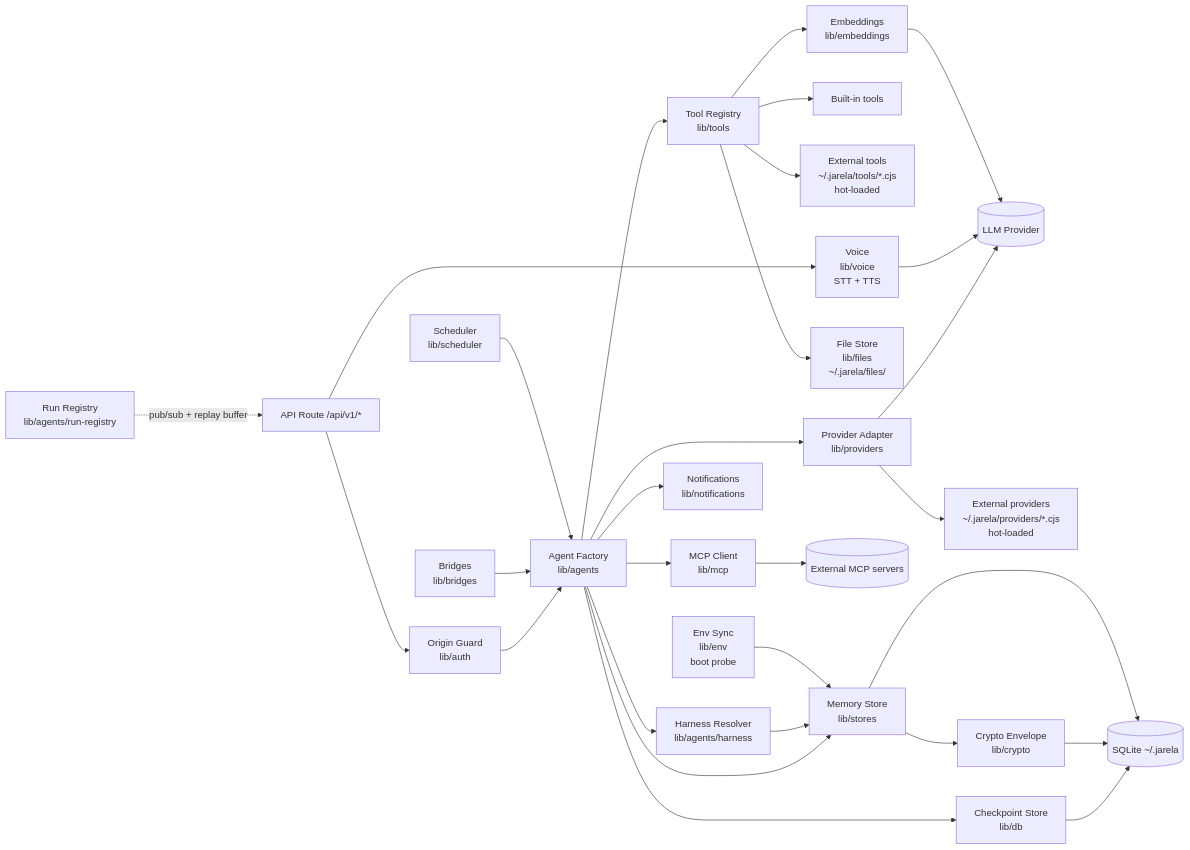
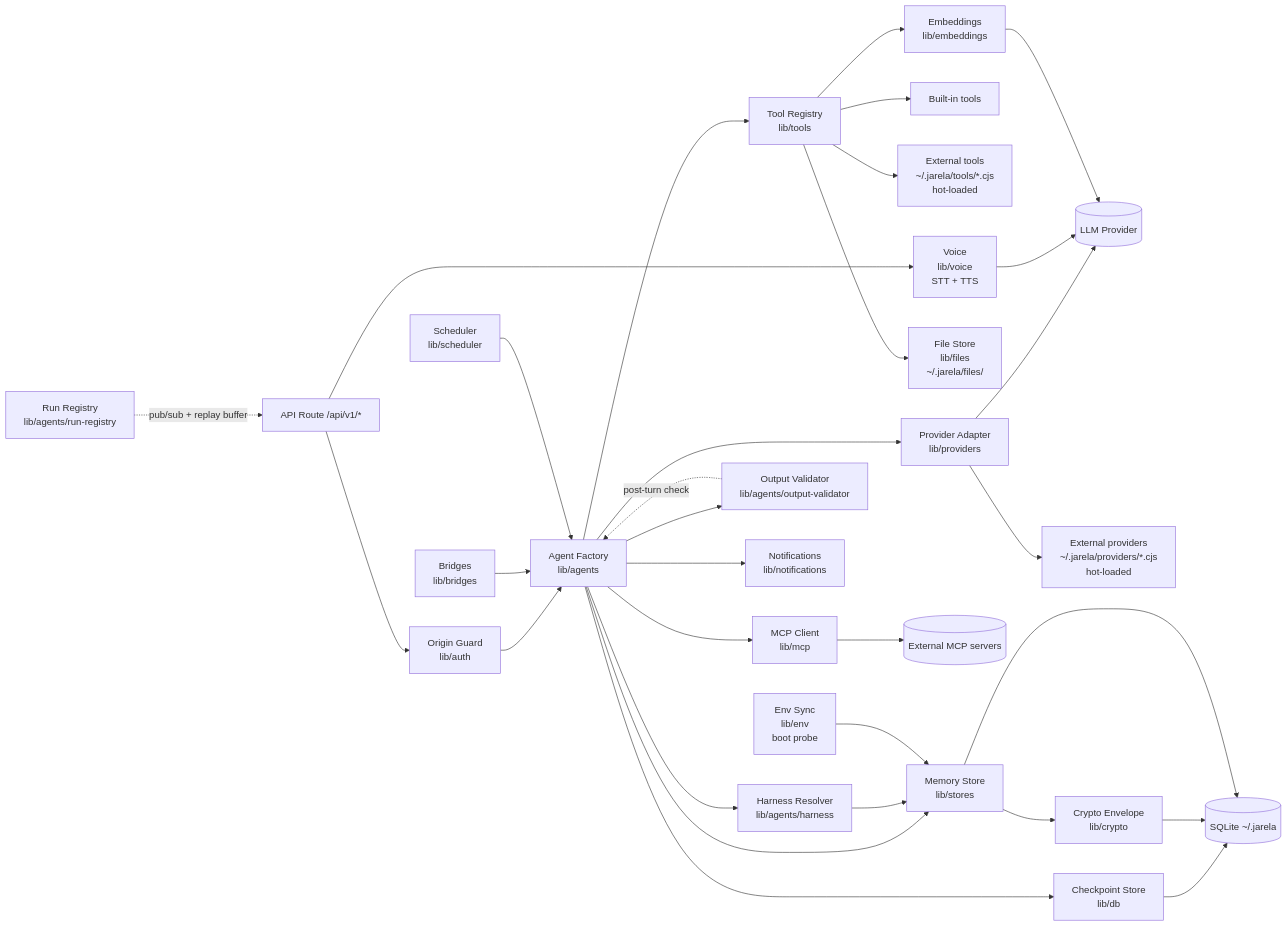
The second of 7 diagrams in docs/ARCHITECTURE.md (CircuitWall/jarela), drawn with Mermaid before and after one commit. The commit also changed other lines of this file and 10 other files, not shown here.

First line of the commit message:
feat(agents): post-turn output validator (ADR-0037)

````diff
--- a/docs/ARCHITECTURE.md
+++ b/docs/ARCHITECTURE.md
@@ -106,31 +106,33 @@
 ```mermaid
 flowchart LR
     A[API Route /api/v1/*] --> G0[Origin Guard<br/>lib/auth]
     G0 --> B[Agent Factory<br/>lib/agents]
     B --> C[Provider Adapter<br/>lib/providers]
     B --> D[Tool Registry<br/>lib/tools]
     B --> E[MCP Client<br/>lib/mcp]
     C --> F[(LLM Provider)]
     C --> XP[External providers<br/>~/.jarela/providers/*.cjs<br/>hot-loaded]
     D --> G[Built-in tools]
     D --> XT[External tools<br/>~/.jarela/tools/*.cjs<br/>hot-loaded]
     D --> EM[Embeddings<br/>lib/embeddings]
     D --> FS[File Store<br/>lib/files<br/>~/.jarela/files/]
     A --> V[Voice<br/>lib/voice<br/>STT + TTS]
     V --> F
     EM --> F
     E --> H[(External MCP servers)]
     B --> I[Checkpoint Store<br/>lib/db]
     I --> J[(SQLite ~/.jarela)]
     B --> K[Memory Store<br/>lib/stores]
     B --> HR[Harness Resolver<br/>lib/agents/harness]
     HR --> K
+    B --> OV[Output Validator<br/>lib/agents/output-validator]
+    OV -.post-turn check.-> B
     K --> CR[Crypto Envelope<br/>lib/crypto]
     CR --> J
     K --> J
     B --> L[Notifications<br/>lib/notifications]
     BR[Bridges<br/>lib/bridges] --> B
     SC[Scheduler<br/>lib/scheduler] --> B
     EN[Env Sync<br/>lib/env<br/>boot probe] --> K
     RR[Run Registry<br/>lib/agents/run-registry] -.pub/sub + replay buffer.-> A
 ```
````
